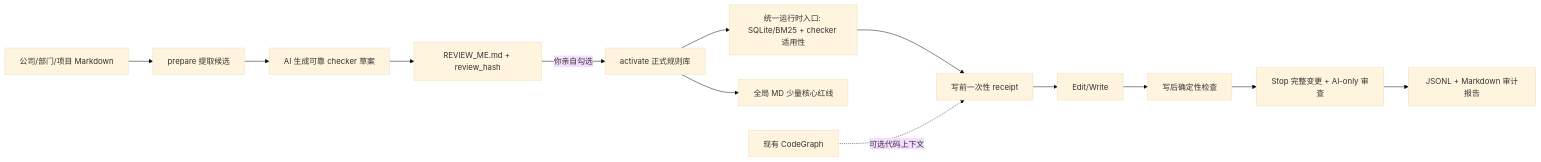
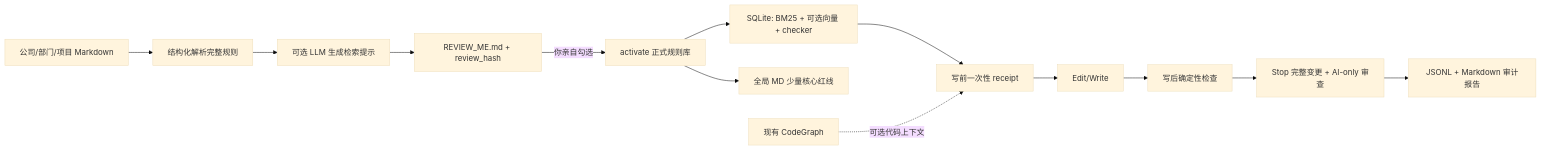
The diagram in instruction.md (520liyangzi/code-write), drawn with Mermaid (base theme) before and after one commit. The commit also changed other lines of this file and 25 other files, not shown here.

````diff
--- a/instruction.md
+++ b/instruction.md
@@ -19,15 +19,15 @@
 ```mermaid
 flowchart LR
-    A[公司/部门/项目 Markdown] --> B[prepare 提取候选]
-    B --> C[AI 生成可靠 checker 草案]
+    A[公司/部门/项目 Markdown] --> B[结构化解析完整规则]
+    B --> C[可选 LLM 生成检索提示]
     C --> D[REVIEW_ME.md + review_hash]
     D -->|你亲自勾选| E[activate 正式规则库]
-    E --> F[统一运行时入口: SQLite/BM25 + checker 适用性]
+    E --> F[SQLite: BM25 + 可选向量 + checker]
     E --> G[全局 MD 少量核心红线]
     F --> H[写前一次性 receipt]
     H --> I[Edit/Write]
     I --> J[写后确定性检查]
     J --> K[Stop 完整变更 + AI-only 审查]
     K --> L[JSONL + Markdown 审计报告]
     M[现有 CodeGraph] -. 可选代码上下文 .-> H
 ```
````
